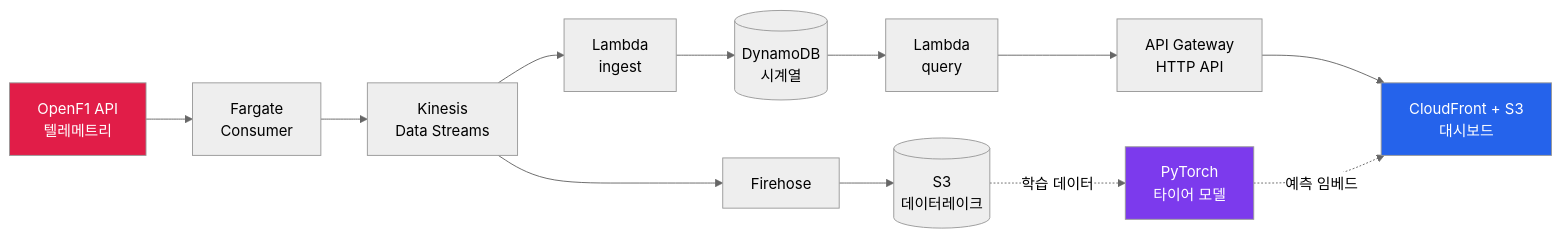
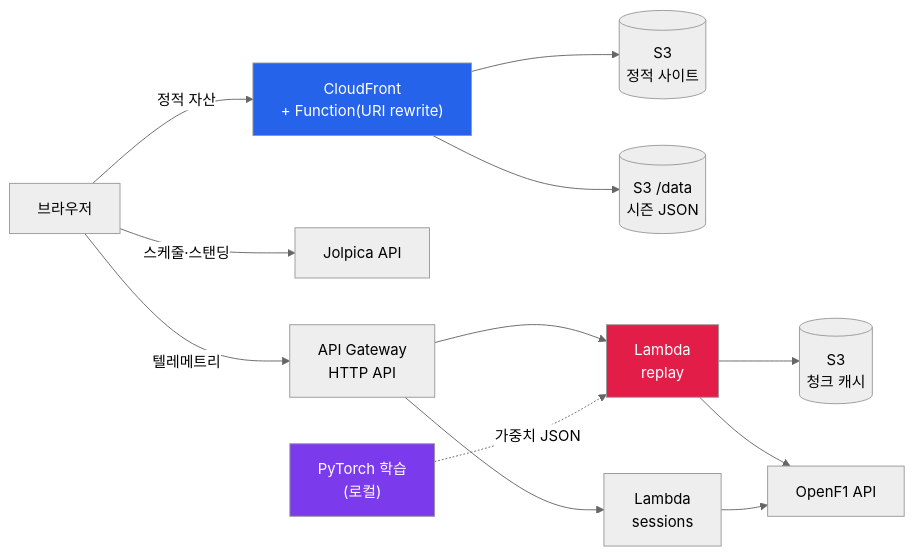
One commit to F3ZLoV/F1RealTimeDashboard changed the diagram in README.md. Above: the diagram before and after it, drawn with Mermaid (neutral theme). The commit also changed other lines of this file and 2 other files, not shown here.

Commit message:
Rewrite README for current serverless architecture

````diff
--- a/README.md
+++ b/README.md
@@ -27,18 +15,23 @@
 ```mermaid
 flowchart LR
-    A[OpenF1 API<br/>텔레메트리] --> B[Fargate<br/>Consumer]
-    B --> C[Kinesis<br/>Data Streams]
-    C --> D[Firehose]
-    C --> E[Lambda<br/>ingest]
-    D --> F[(S3<br/>데이터레이크)]
-    E --> G[(DynamoDB<br/>시계열)]
-    F -.학습 데이터.-> H[PyTorch<br/>타이어 모델]
-    G --> I[Lambda<br/>query]
-    I --> J[API Gateway<br/>HTTP API]
-    J --> K[CloudFront + S3<br/>대시보드]
-    H -.예측 임베드.-> K
+    B["브라우저"]
 
-    style A fill:#e11d48,color:#fff
-    style K fill:#2563eb,color:#fff
-    style H fill:#7c3aed,color:#fff
+    B -->|정적 자산| CF["CloudFront<br/>+ Function(URI rewrite)"]
+    CF --> S3W[("S3<br/>정적 사이트")]
+    CF --> S3D[("S3 /data<br/>시즌 JSON")]
+
+    B -->|스케줄·스탠딩| J["Jolpica API"]
+
+    B -->|텔레메트리| AG["API Gateway<br/>HTTP API"]
+    AG --> LR["Lambda<br/>replay"]
+    AG --> LS["Lambda<br/>sessions"]
+    LR --> CACHE[("S3<br/>청크 캐시")]
+    LR --> OF["OpenF1 API"]
+    LS --> OF
+
+    PT["PyTorch 학습<br/>(로컬)"] -.->|가중치 JSON| LR
+
+    style CF fill:#2563eb,color:#fff
+    style LR fill:#e11d48,color:#fff
+    style PT fill:#7c3aed,color:#fff
 ```
````
